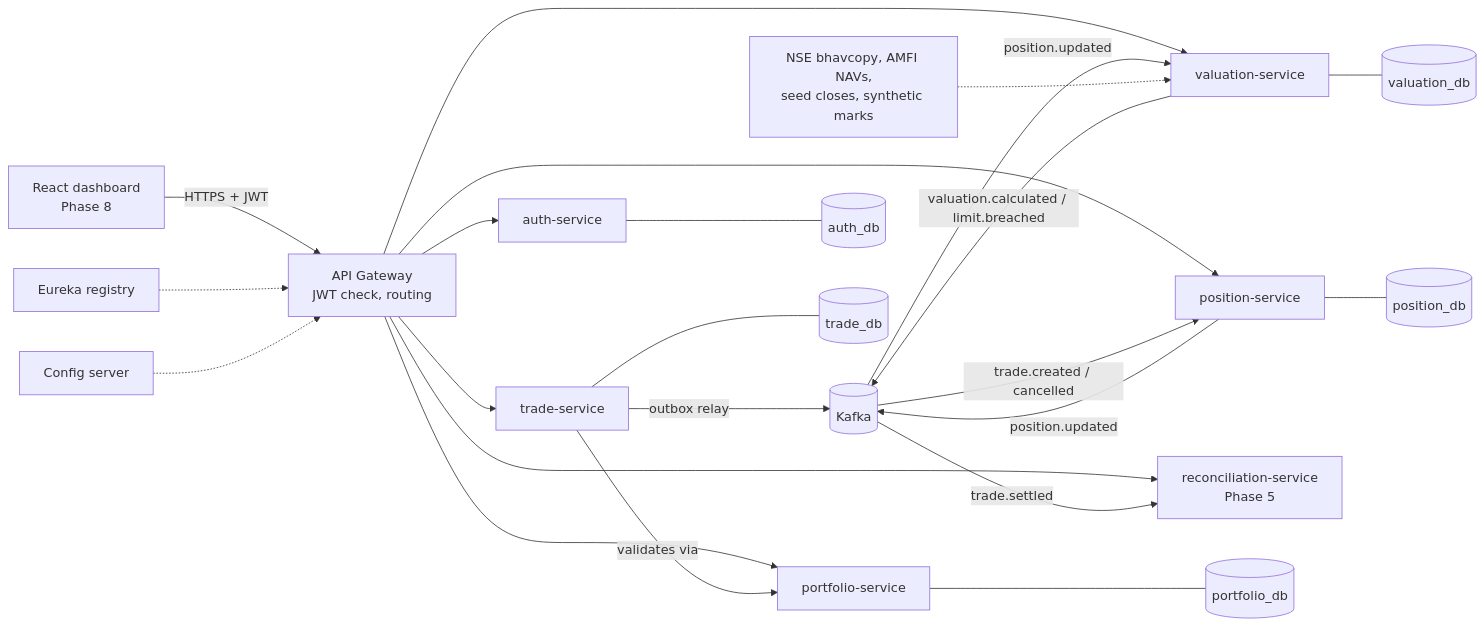
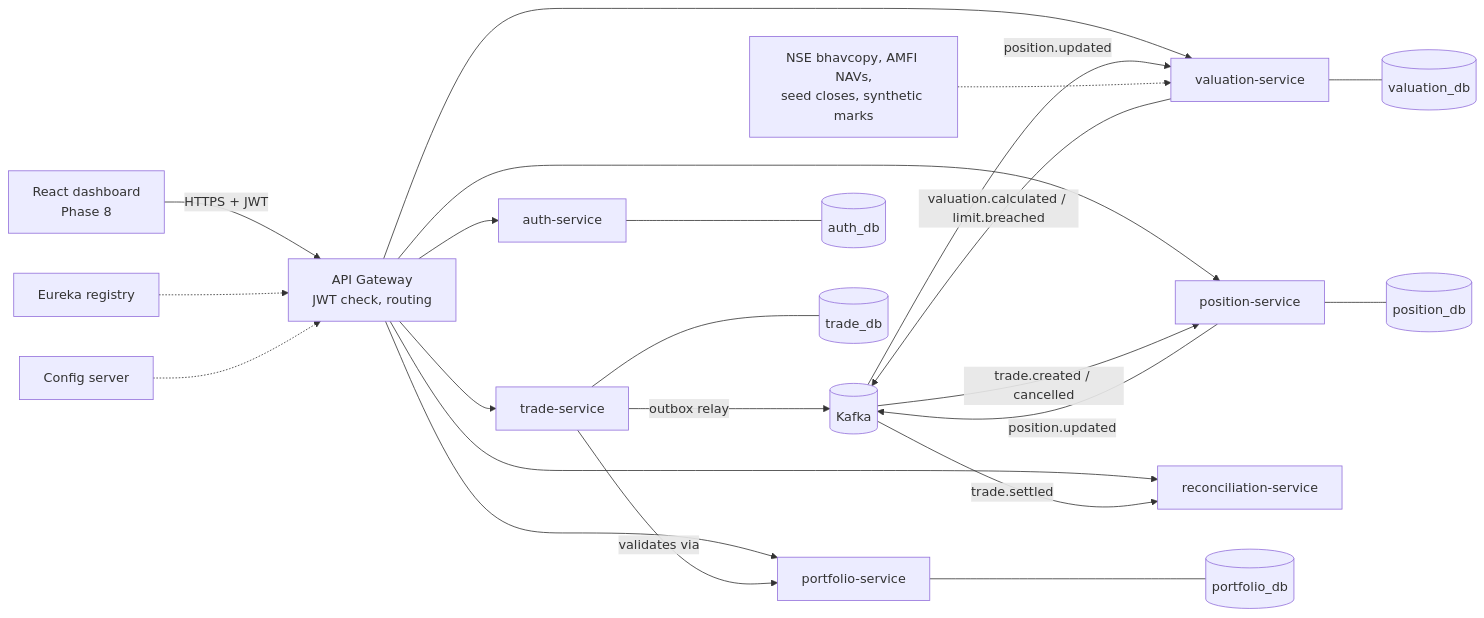
Before and after one commit to shravanib-debug/alphaledger: the diagram in README.md, drawn with Mermaid. The commit also changed other lines of this file and 7 other files, not shown here.

Commit message:
feat(reconciliation): custodian file generator, compose, smoke checks and Phase 5 docs

````diff
--- a/README.md
+++ b/README.md
@@ -78,28 +78,28 @@
 ```mermaid
 flowchart LR
     UI[React dashboard<br/>Phase 8] -->|HTTPS + JWT| GW[API Gateway<br/>JWT check, routing]
     GW --> AUTH[auth-service]
     GW --> PF[portfolio-service]
     GW --> TR[trade-service]
     GW --> VAL[valuation-service]
     GW --> POS[position-service]
-    GW --> REC[reconciliation-service<br/>Phase 5]
+    GW --> REC[reconciliation-service]
 
     TR -- validates via --> PF
     TR -- outbox relay --> K[(Kafka)]
     K -- trade.created / cancelled --> POS
     POS -- position.updated --> K
     K -- position.updated --> VAL
     VAL -- valuation.calculated / limit.breached --> K
     K -- trade.settled --> REC
     MD[NSE bhavcopy, AMFI NAVs,<br/>seed closes, synthetic marks] -.-> VAL
 
     AUTH --- A[(auth_db)]
     PF --- P[(portfolio_db)]
     TR --- T[(trade_db)]
     VAL --- V[(valuation_db)]
     POS --- PO[(position_db)]
 
     EUR[Eureka registry] -.-> GW
     CFG[Config server] -.-> GW
 ```
````
